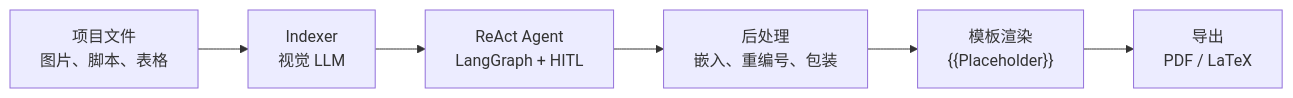
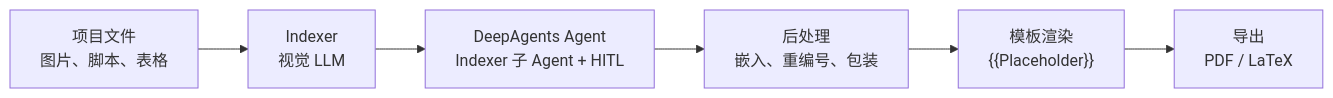
One commit to BrainStOrmics/BIA-Brief changed the diagram in README.zh-CN.md. Above: the diagram before and after it, drawn with Mermaid. The commit also changed other lines of this file and 14 other files, not shown here.

````diff
--- a/README.zh-CN.md
+++ b/README.zh-CN.md
@@ -50,8 +51,8 @@
 ```mermaid
 flowchart LR
   A[项目文件<br/>图片、脚本、表格] --> B[Indexer<br/>视觉 LLM]
-  B --> C[ReAct Agent<br/>LangGraph + HITL]
+  B --> C[DeepAgents Agent<br/>Indexer 子 Agent + HITL]
   C --> D[后处理<br/>嵌入、重编号、包装]
   D --> E["模板渲染<br/>{{Placeholder}}"]
   E --> F[导出<br/>PDF / LaTeX]
 ```
````
